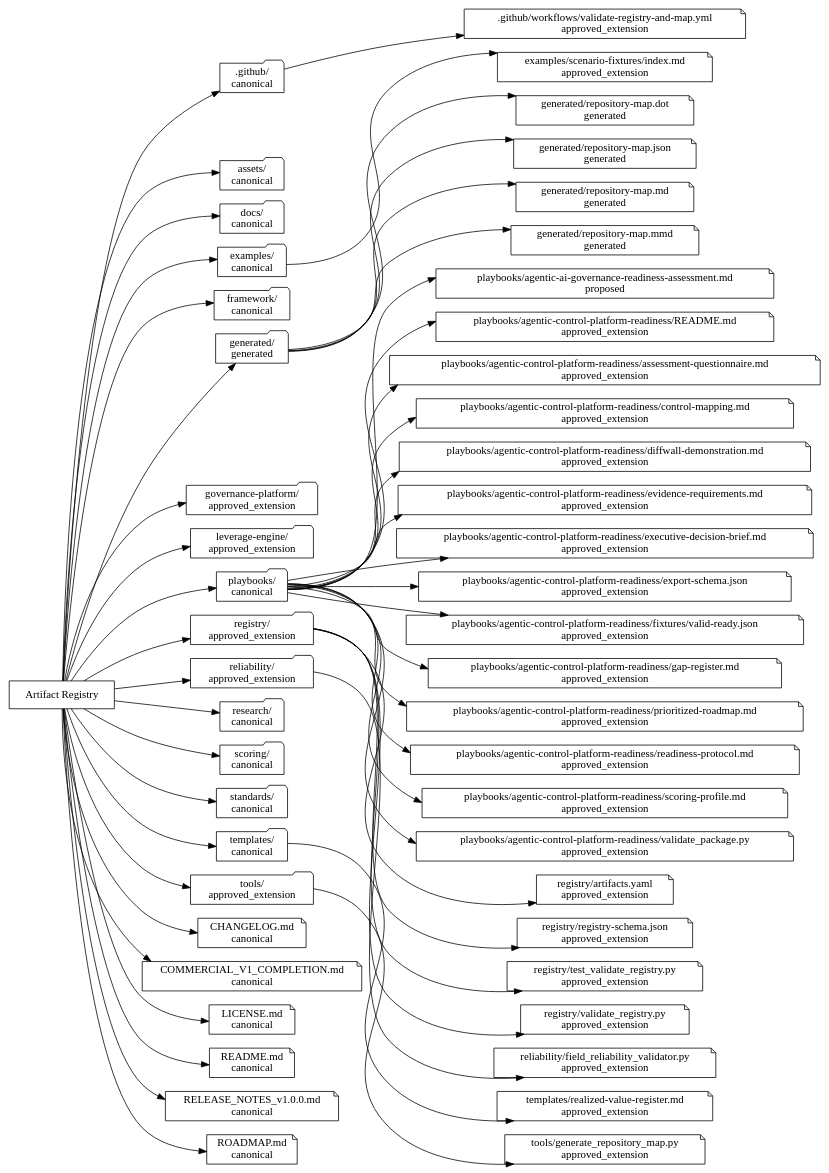
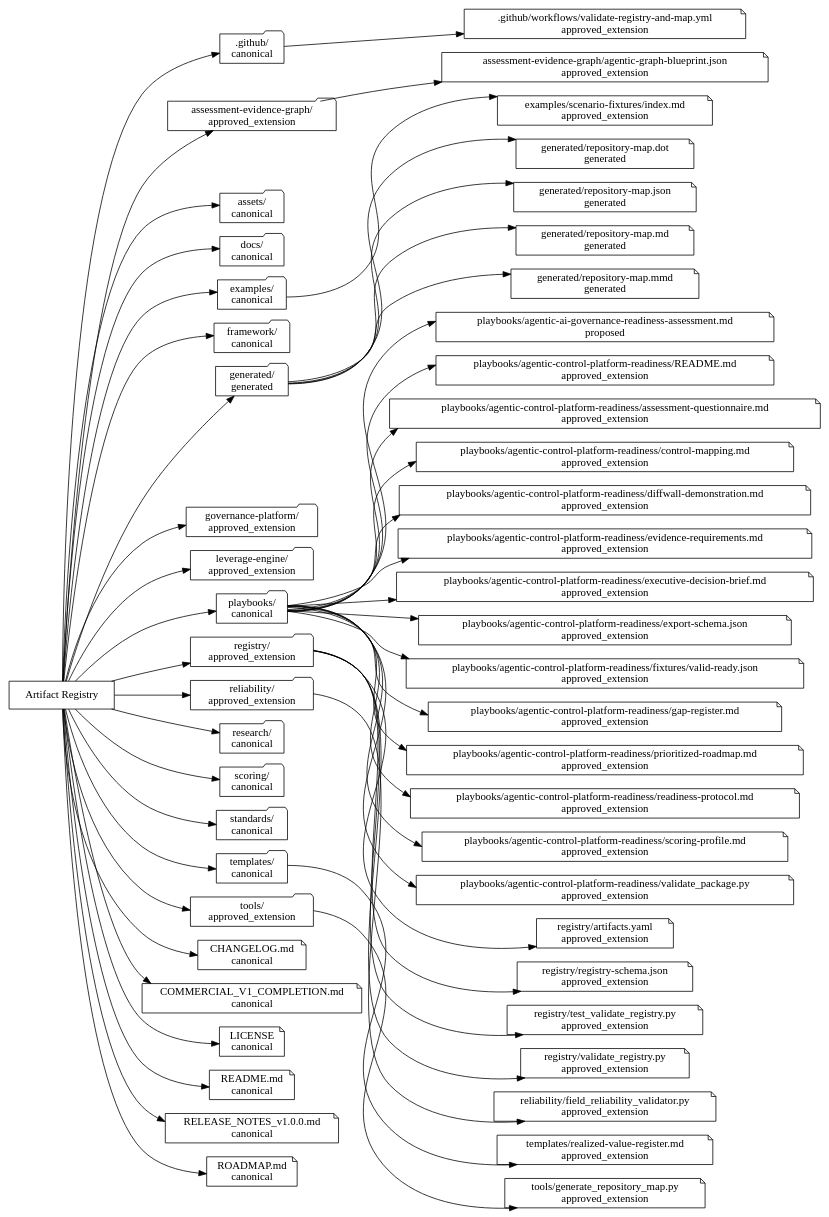
The diagram in generated/repository-map.dot (dburt-proex/operator-intelligence), drawn with Graphviz before and after one commit. The commit also changed 22 other files, not shown here.

Commit message:
feat: add governed assessment evidence graph

```diff
--- a/generated/repository-map.dot
+++ b/generated/repository-map.dot
@@ -1,102 +1,106 @@
 digraph OperatorIntelligence {
   rankdir="LR";
   registry [label="Artifact Registry", shape=box];
   root1 [label=".github/\ncanonical", shape=folder];
   registry -> root1;
-  root2 [label="assets/\ncanonical", shape=folder];
+  root2 [label="assessment-evidence-graph/\napproved_extension", shape=folder];
   registry -> root2;
-  root3 [label="docs/\ncanonical", shape=folder];
+  root3 [label="assets/\ncanonical", shape=folder];
   registry -> root3;
-  root4 [label="examples/\ncanonical", shape=folder];
+  root4 [label="docs/\ncanonical", shape=folder];
   registry -> root4;
-  root5 [label="framework/\ncanonical", shape=folder];
+  root5 [label="examples/\ncanonical", shape=folder];
   registry -> root5;
-  root6 [label="generated/\ngenerated", shape=folder];
+  root6 [label="framework/\ncanonical", shape=folder];
   registry -> root6;
-  root7 [label="governance-platform/\napproved_extension", shape=folder];
+  root7 [label="generated/\ngenerated", shape=folder];
   registry -> root7;
-  root8 [label="leverage-engine/\napproved_extension", shape=folder];
+  root8 [label="governance-platform/\napproved_extension", shape=folder];
   registry -> root8;
-  root9 [label="playbooks/\ncanonical", shape=folder];
+  root9 [label="leverage-engine/\napproved_extension", shape=folder];
   registry -> root9;
-  root10 [label="registry/\napproved_extension", shape=folder];
+  root10 [label="playbooks/\ncanonical", shape=folder];
   registry -> root10;
-  root11 [label="reliability/\napproved_extension", shape=folder];
+  root11 [label="registry/\napproved_extension", shape=folder];
   registry -> root11;
-  root12 [label="research/\ncanonical", shape=folder];
+  root12 [label="reliability/\napproved_extension", shape=folder];
   registry -> root12;
-  root13 [label="scoring/\ncanonical", shape=folder];
+  root13 [label="research/\ncanonical", shape=folder];
   registry -> root13;
-  root14 [label="standards/\ncanonical", shape=folder];
+  root14 [label="scoring/\ncanonical", shape=folder];
   registry -> root14;
-  root15 [label="templates/\ncanonical", shape=folder];
+  root15 [label="standards/\ncanonical", shape=folder];
   registry -> root15;
-  root16 [label="tools/\napproved_extension", shape=folder];
+  root16 [label="templates/\ncanonical", shape=folder];
   registry -> root16;
+  root17 [label="tools/\napproved_extension", shape=folder];
+  registry -> root17;
   artifact1 [label=".github/workflows/validate-registry-and-map.yml\napproved_extension", shape=note];
   root1 -> artifact1;
   artifact2 [label="CHANGELOG.md\ncanonical", shape=note];
   registry -> artifact2;
   artifact3 [label="COMMERCIAL_V1_COMPLETION.md\ncanonical", shape=note];
   registry -> artifact3;
-  artifact4 [label="LICENSE.md\ncanonical", shape=note];
+  artifact4 [label="LICENSE\ncanonical", shape=note];
   registry -> artifact4;
   artifact5 [label="README.md\ncanonical", shape=note];
   registry -> artifact5;
   artifact6 [label="RELEASE_NOTES_v1.0.0.md\ncanonical", shape=note];
   registry -> artifact6;
   artifact7 [label="ROADMAP.md\ncanonical", shape=note];
   registry -> artifact7;
-  artifact8 [label="examples/scenario-fixtures/index.md\napproved_extension", shape=note];
-  root4 -> artifact8;
-  artifact9 [label="generated/repository-map.dot\ngenerated", shape=note];
-  root6 -> artifact9;
-  artifact10 [label="generated/repository-map.json\ngenerated", shape=note];
-  root6 -> artifact10;
-  artifact11 [label="generated/repository-map.md\ngenerated", shape=note];
-  root6 -> artifact11;
-  artifact12 [label="generated/repository-map.mmd\ngenerated", shape=note];
-  root6 -> artifact12;
-  artifact13 [label="playbooks/agentic-ai-governance-readiness-assessment.md\nproposed", shape=note];
-  root9 -> artifact13;
-  artifact14 [label="playbooks/agentic-control-platform-readiness/README.md\napproved_extension", shape=note];
-  root9 -> artifact14;
-  artifact15 [label="playbooks/agentic-control-platform-readiness/assessment-questionnaire.md\napproved_extension", shape=note];
-  root9 -> artifact15;
-  artifact16 [label="playbooks/agentic-control-platform-readiness/control-mapping.md\napproved_extension", shape=note];
-  root9 -> artifact16;
-  artifact17 [label="playbooks/agentic-control-platform-readiness/diffwall-demonstration.md\napproved_extension", shape=note];
-  root9 -> artifact17;
-  artifact18 [label="playbooks/agentic-control-platform-readiness/evidence-requirements.md\napproved_extension", shape=note];
-  root9 -> artifact18;
-  artifact19 [label="playbooks/agentic-control-platform-readiness/executive-decision-brief.md\napproved_extension", shape=note];
-  root9 -> artifact19;
-  artifact20 [label="playbooks/agentic-control-platform-readiness/export-schema.json\napproved_extension", shape=note];
-  root9 -> artifact20;
-  artifact21 [label="playbooks/agentic-control-platform-readiness/fixtures/valid-ready.json\napproved_extension", shape=note];
-  root9 -> artifact21;
-  artifact22 [label="playbooks/agentic-control-platform-readiness/gap-register.md\napproved_extension", shape=note];
-  root9 -> artifact22;
-  artifact23 [label="playbooks/agentic-control-platform-readiness/prioritized-roadmap.md\napproved_extension", shape=note];
-  root9 -> artifact23;
-  artifact24 [label="playbooks/agentic-control-platform-readiness/readiness-protocol.md\napproved_extension", shape=note];
-  root9 -> artifact24;
-  artifact25 [label="playbooks/agentic-control-platform-readiness/scoring-profile.md\napproved_extension", shape=note];
-  root9 -> artifact25;
-  artifact26 [label="playbooks/agentic-control-platform-readiness/validate_package.py\napproved_extension", shape=note];
-  root9 -> artifact26;
-  artifact27 [label="registry/artifacts.yaml\napproved_extension", shape=note];
+  artifact8 [label="assessment-evidence-graph/agentic-graph-blueprint.json\napproved_extension", shape=note];
+  root2 -> artifact8;
+  artifact9 [label="examples/scenario-fixtures/index.md\napproved_extension", shape=note];
+  root5 -> artifact9;
+  artifact10 [label="generated/repository-map.dot\ngenerated", shape=note];
+  root7 -> artifact10;
+  artifact11 [label="generated/repository-map.json\ngenerated", shape=note];
+  root7 -> artifact11;
+  artifact12 [label="generated/repository-map.md\ngenerated", shape=note];
+  root7 -> artifact12;
+  artifact13 [label="generated/repository-map.mmd\ngenerated", shape=note];
+  root7 -> artifact13;
+  artifact14 [label="playbooks/agentic-ai-governance-readiness-assessment.md\nproposed", shape=note];
+  root10 -> artifact14;
+  artifact15 [label="playbooks/agentic-control-platform-readiness/README.md\napproved_extension", shape=note];
+  root10 -> artifact15;
+  artifact16 [label="playbooks/agentic-control-platform-readiness/assessment-questionnaire.md\napproved_extension", shape=note];
+  root10 -> artifact16;
+  artifact17 [label="playbooks/agentic-control-platform-readiness/control-mapping.md\napproved_extension", shape=note];
+  root10 -> artifact17;
+  artifact18 [label="playbooks/agentic-control-platform-readiness/diffwall-demonstration.md\napproved_extension", shape=note];
+  root10 -> artifact18;
+  artifact19 [label="playbooks/agentic-control-platform-readiness/evidence-requirements.md\napproved_extension", shape=note];
+  root10 -> artifact19;
+  artifact20 [label="playbooks/agentic-control-platform-readiness/executive-decision-brief.md\napproved_extension", shape=note];
+  root10 -> artifact20;
+  artifact21 [label="playbooks/agentic-control-platform-readiness/export-schema.json\napproved_extension", shape=note];
+  root10 -> artifact21;
+  artifact22 [label="playbooks/agentic-control-platform-readiness/fixtures/valid-ready.json\napproved_extension", shape=note];
+  root10 -> artifact22;
+  artifact23 [label="playbooks/agentic-control-platform-readiness/gap-register.md\napproved_extension", shape=note];
+  root10 -> artifact23;
+  artifact24 [label="playbooks/agentic-control-platform-readiness/prioritized-roadmap.md\napproved_extension", shape=note];
+  root10 -> artifact24;
+  artifact25 [label="playbooks/agentic-control-platform-readiness/readiness-protocol.md\napproved_extension", shape=note];
+  root10 -> artifact25;
+  artifact26 [label="playbooks/agentic-control-platform-readiness/scoring-profile.md\napproved_extension", shape=note];
+  root10 -> artifact26;
+  artifact27 [label="playbooks/agentic-control-platform-readiness/validate_package.py\napproved_extension", shape=note];
   root10 -> artifact27;
-  artifact28 [label="registry/registry-schema.json\napproved_extension", shape=note];
-  root10 -> artifact28;
-  artifact29 [label="registry/test_validate_registry.py\napproved_extension", shape=note];
-  root10 -> artifact29;
-  artifact30 [label="registry/validate_registry.py\napproved_extension", shape=note];
-  root10 -> artifact30;
-  artifact31 [label="reliability/field_reliability_validator.py\napproved_extension", shape=note];
+  artifact28 [label="registry/artifacts.yaml\napproved_extension", shape=note];
+  root11 -> artifact28;
+  artifact29 [label="registry/registry-schema.json\napproved_extension", shape=note];
+  root11 -> artifact29;
+  artifact30 [label="registry/test_validate_registry.py\napproved_extension", shape=note];
+  root11 -> artifact30;
+  artifact31 [label="registry/validate_registry.py\napproved_extension", shape=note];
   root11 -> artifact31;
-  artifact32 [label="templates/realized-value-register.md\napproved_extension", shape=note];
-  root15 -> artifact32;
-  artifact33 [label="tools/generate_repository_map.py\napproved_extension", shape=note];
+  artifact32 [label="reliability/field_reliability_validator.py\napproved_extension", shape=note];
+  root12 -> artifact32;
+  artifact33 [label="templates/realized-value-register.md\napproved_extension", shape=note];
   root16 -> artifact33;
+  artifact34 [label="tools/generate_repository_map.py\napproved_extension", shape=note];
+  root17 -> artifact34;
 }
```
